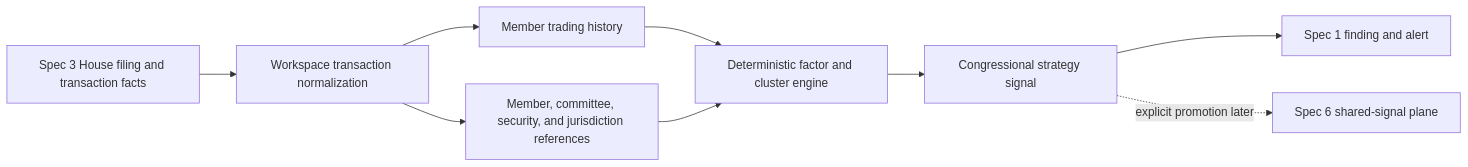
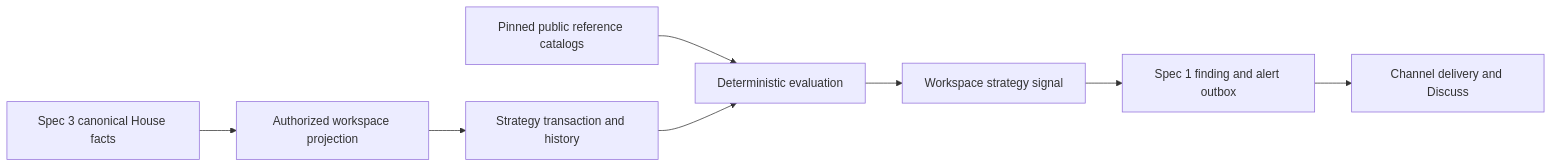
Before and after one commit to Must-be-Ash/adaam: the diagram in specs/04-congressional-signals-house.md, drawn with Mermaid. The commit also changed other lines of this file and 1 other file, not shown here.

Commit message:
docs: make Spec 4 product-first

````diff
--- a/specs/04-congressional-signals-house.md
+++ b/specs/04-congressional-signals-house.md
@@ -190,11 +95,10 @@
 ```mermaid
 flowchart LR
-    F["Spec 3 House filing and transaction facts"] --> N["Workspace transaction normalization"]
-    N --> H["Member trading history"]
-    N --> E["Member, committee, security, and jurisdiction references"]
-    H --> S["Deterministic factor and cluster engine"]
-    E --> S
-    S --> G["Congressional strategy signal"]
-    G --> A["Spec 1 finding and alert"]
-    G -. "explicit promotion later" .-> P["Spec 6 shared-signal plane"]
+    S3["Spec 3 canonical House facts"] --> P["Authorized workspace projection"]
+    P --> N["Strategy transaction and history"]
+    R["Pinned public reference catalogs"] --> E["Deterministic evaluation"]
+    N --> E
+    E --> G["Workspace strategy signal"]
+    G --> A["Spec 1 finding and alert outbox"]
+    A --> C["Channel delivery and Discuss"]
 ```
````
